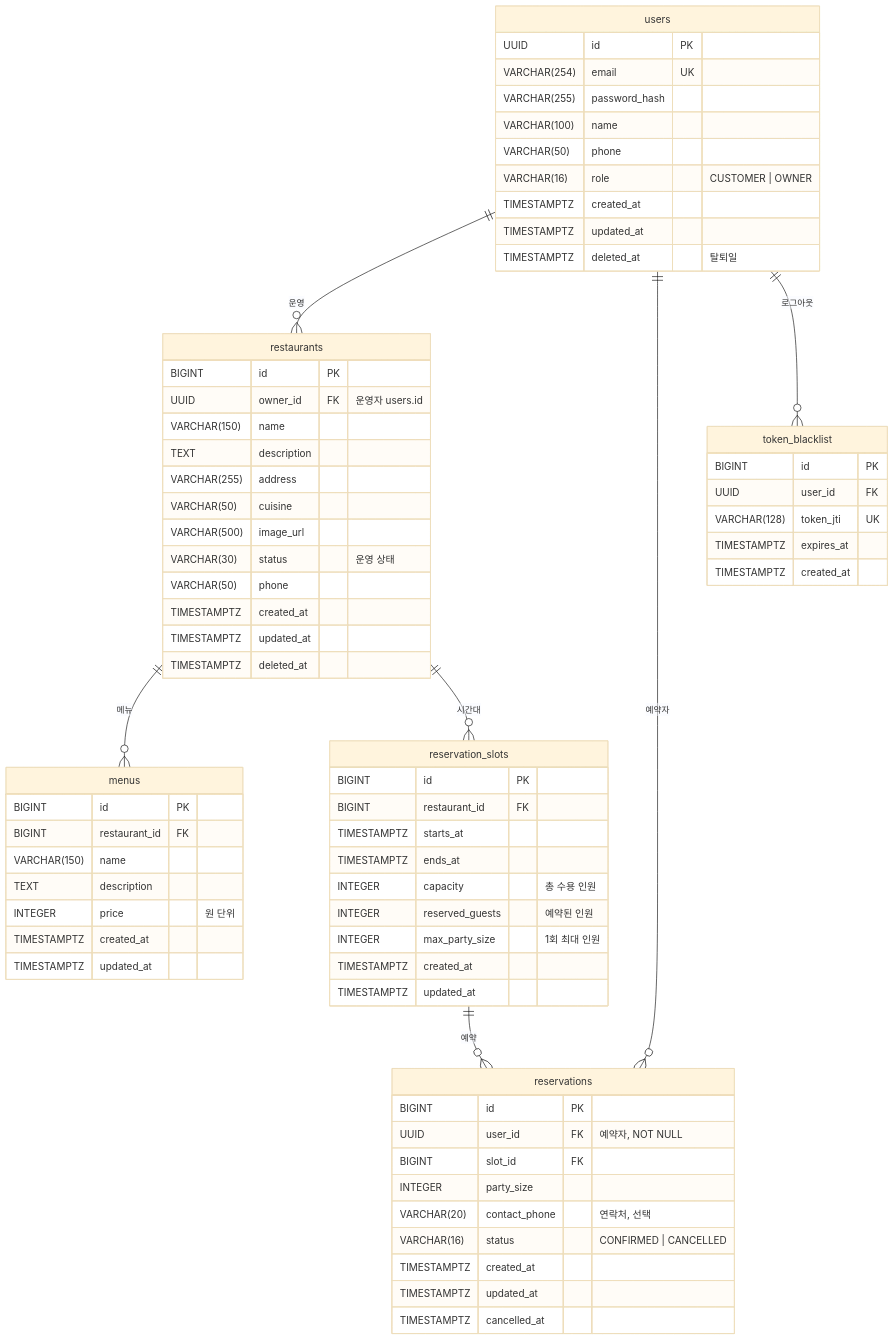
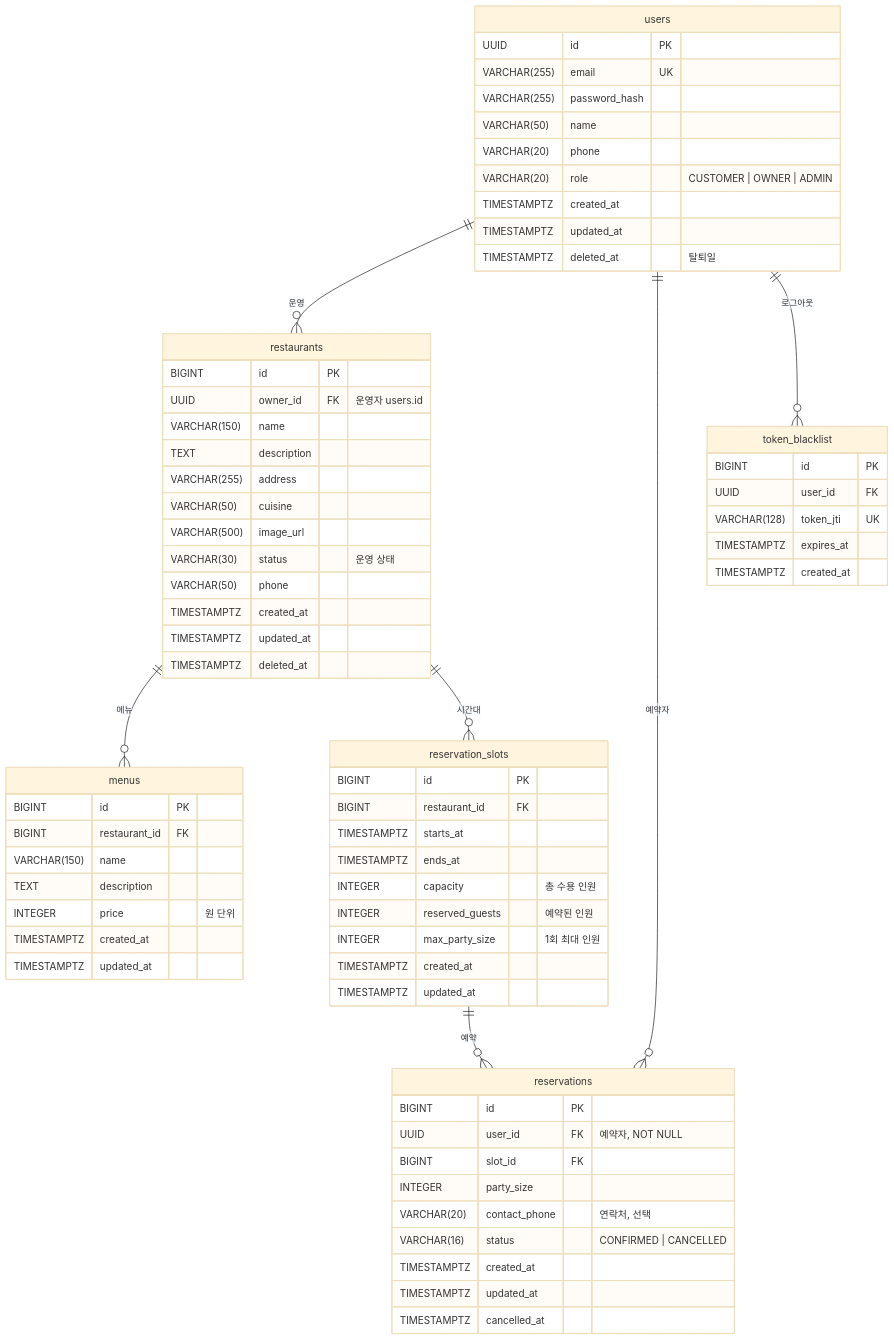
Before and after one commit to aiopenjh/B-backend-Fastapi: the second of 2 diagrams in docs/ARCHITECTURE.md, drawn with Mermaid (base theme). The commit also changed other lines of this file and 3 other files, not shown here.

````diff
--- a/docs/ARCHITECTURE.md
+++ b/docs/ARCHITECTURE.md
@@ -130,73 +132,73 @@
 ```mermaid
 erDiagram
     users ||--o{ restaurants : "운영"
     restaurants ||--o{ menus : "메뉴"
     restaurants ||--o{ reservation_slots : "시간대"
     users ||--o{ reservations : "예약자"
     reservation_slots ||--o{ reservations : "예약"
     users ||--o{ token_blacklist : "로그아웃"
 
     users {
         UUID id PK
-        VARCHAR(254) email UK
+        VARCHAR(255) email UK
         VARCHAR(255) password_hash
-        VARCHAR(100) name
-        VARCHAR(50) phone
-        VARCHAR(16) role "CUSTOMER | OWNER"
+        VARCHAR(50) name
+        VARCHAR(20) phone
+        VARCHAR(20) role "CUSTOMER | OWNER | ADMIN"
         TIMESTAMPTZ created_at
         TIMESTAMPTZ updated_at
         TIMESTAMPTZ deleted_at "탈퇴일"
     }
     restaurants {
         BIGINT id PK
         UUID owner_id FK "운영자 users.id"
         VARCHAR(150) name
         TEXT description
         VARCHAR(255) address
         VARCHAR(50) cuisine
         VARCHAR(500) image_url
         VARCHAR(30) status "운영 상태"
         VARCHAR(50) phone
         TIMESTAMPTZ created_at
         TIMESTAMPTZ updated_at
         TIMESTAMPTZ deleted_at
     }
     menus {
         BIGINT id PK
         BIGINT restaurant_id FK
         VARCHAR(150) name
         TEXT description
         INTEGER price "원 단위"
         TIMESTAMPTZ created_at
         TIMESTAMPTZ updated_at
     }
     reservation_slots {
         BIGINT id PK
         BIGINT restaurant_id FK
         TIMESTAMPTZ starts_at
         TIMESTAMPTZ ends_at
         INTEGER capacity "총 수용 인원"
         INTEGER reserved_guests "예약된 인원"
         INTEGER max_party_size "1회 최대 인원"
         TIMESTAMPTZ created_at
         TIMESTAMPTZ updated_at
     }
     reservations {
         BIGINT id PK
         UUID user_id FK "예약자, NOT NULL"
         BIGINT slot_id FK
         INTEGER party_size
         VARCHAR(20) contact_phone "연락처, 선택"
         VARCHAR(16) status "CONFIRMED | CANCELLED"
         TIMESTAMPTZ created_at
         TIMESTAMPTZ updated_at
         TIMESTAMPTZ cancelled_at
     }
     token_blacklist {
         BIGINT id PK
         UUID user_id FK
         VARCHAR(128) token_jti UK
         TIMESTAMPTZ expires_at
         TIMESTAMPTZ created_at
     }
 ```
````
